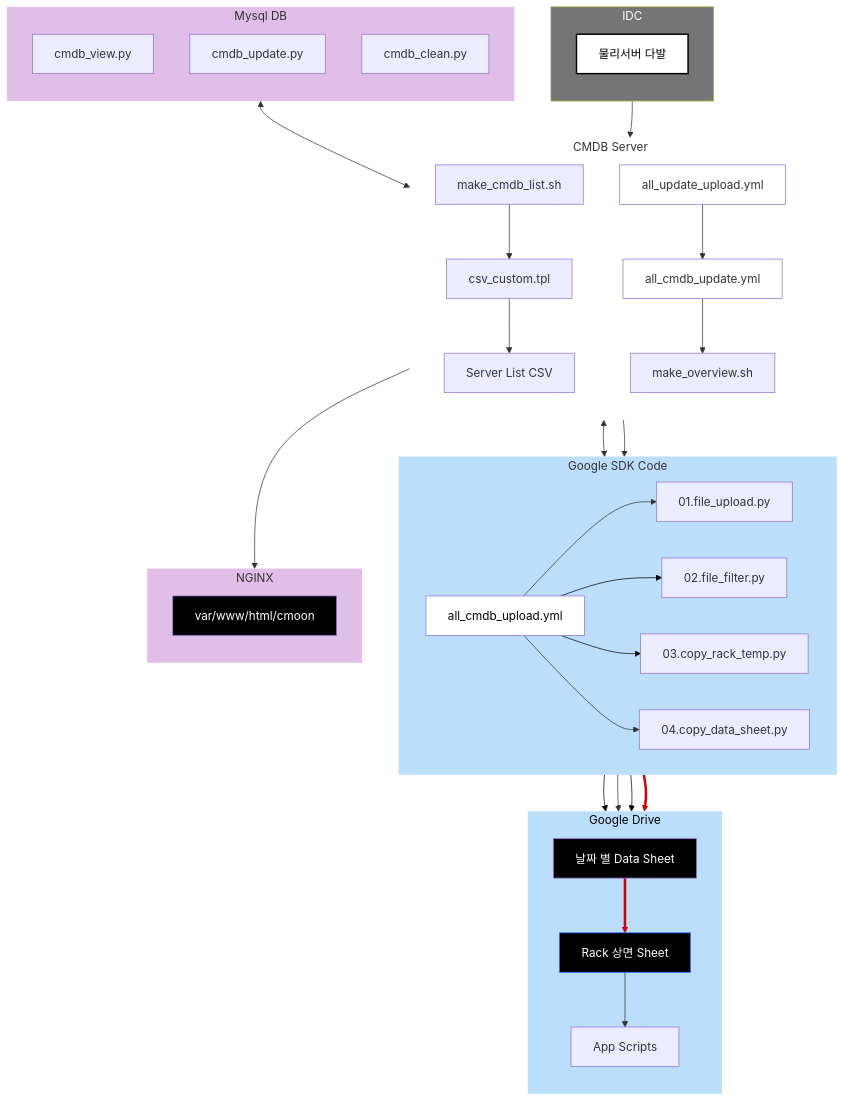
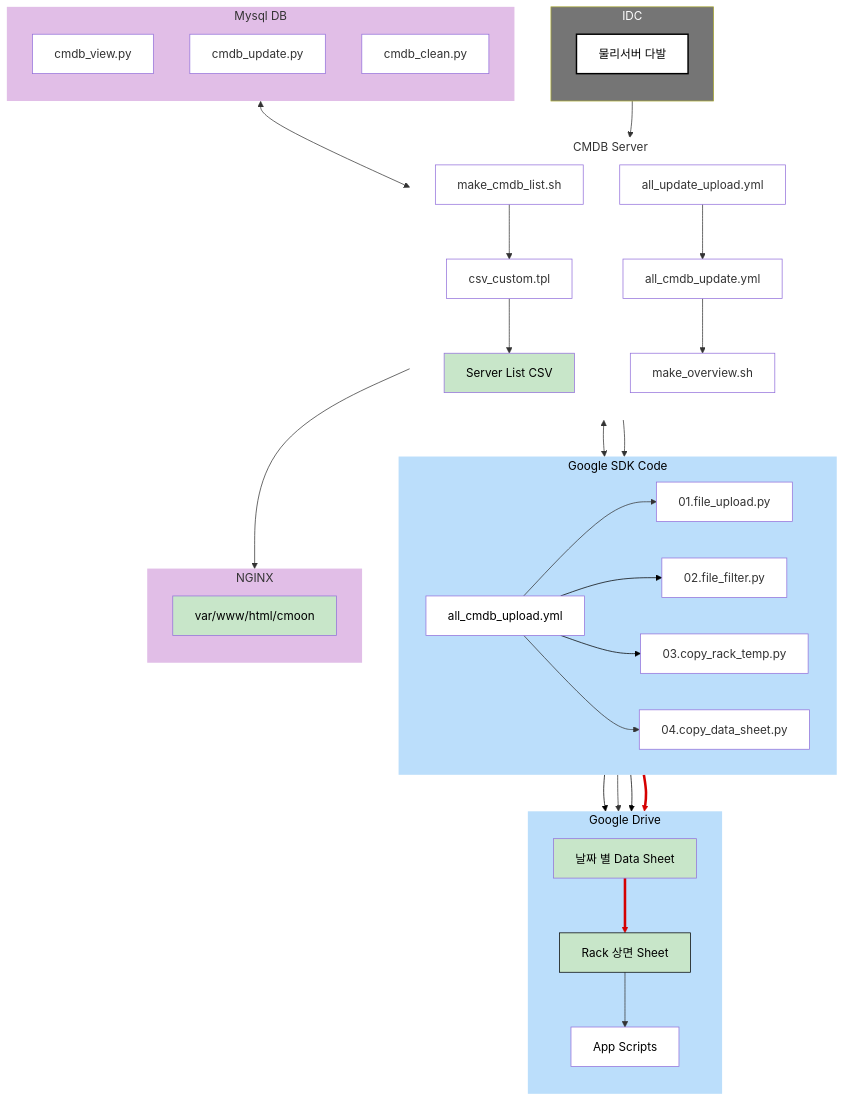
One commit to Luminous-Flame/blog changed the diagram in content/03.Dev/C-Moon/01. 구성 요소.md. Above: the diagram before and after it, drawn with Mermaid.

Commit message:
Update content content/03.Dev/C-Moon/01. 구성 요소.md

```diff
--- a/content/03.Dev/C-Moon/01. 구성 요소.md
+++ b/content/03.Dev/C-Moon/01. 구성 요소.md
@@ -127,17 +127,41 @@
 
 style IS1 fill:#FFFFFF,stroke:#000000,stroke-width:2px,color:#000000
 
+style CMDB1 fill:#FFFFFF
+
+style n14 fill:#FFFFFF
+
 style n13 fill:#FFFFFF
+
+style n12 fill:#FFFFFF
+
+style n15 color:#000000,fill:#C8E6C9
 
 style n17 fill:#FFFFFF
 
 style UP1 fill:#FFFFFF,color:#000000
 
-style UP2 color:#FFFFFF,fill:#000000
+style n6 fill:#FFFFFF
 
-style n2 stroke:#2962FF,fill:#000000,color:#FFFFFF
+style n7 fill:#FFFFFF
 
-style VIEW2 fill:#000000,color:#FFFFFF
+style n8 fill:#FFFFFF
+
+style n9 fill:#FFFFFF
+
+style UP2 color:#000000,fill:#C8E6C9
+
+style n2 stroke:#000000,fill:#C8E6C9,color:#000000
+
+style n3 fill:#FFFFFF,color:#000000
+
+style n4 fill:#FFFFFF
+
+style UPD1 fill:#FFFFFF
+
+style n11 fill:#FFFFFF
+
+style VIEW2 fill:#C8E6C9,color:#000000
 
 style CMDB_View fill:#E1BEE7,stroke:none,stroke-width:2px
 
@@ -149,7 +173,7 @@
 
 style CMDB_Upload fill:#BBDEFB,stroke:none,stroke-width:2px,color:#000000
 
-style s1 fill:#BBDEFB,stroke:none
+style s1 fill:#BBDEFB,stroke:none,color:#000000
 
 click CMDB1 "https://github.com/Luminous-Flame/C-Moon/blob/main/scripts/make_cmdb_list.sh"
 
```
